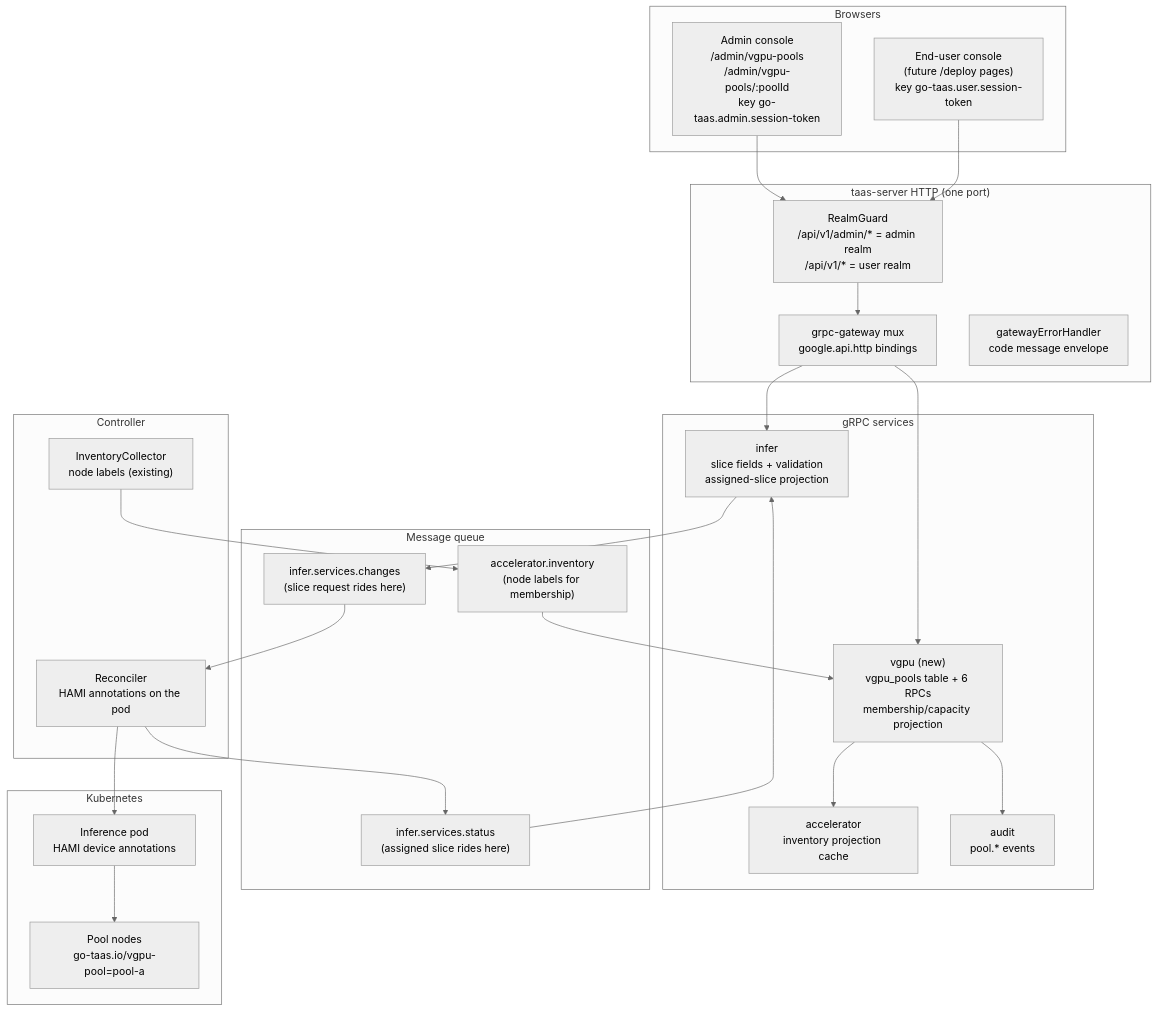
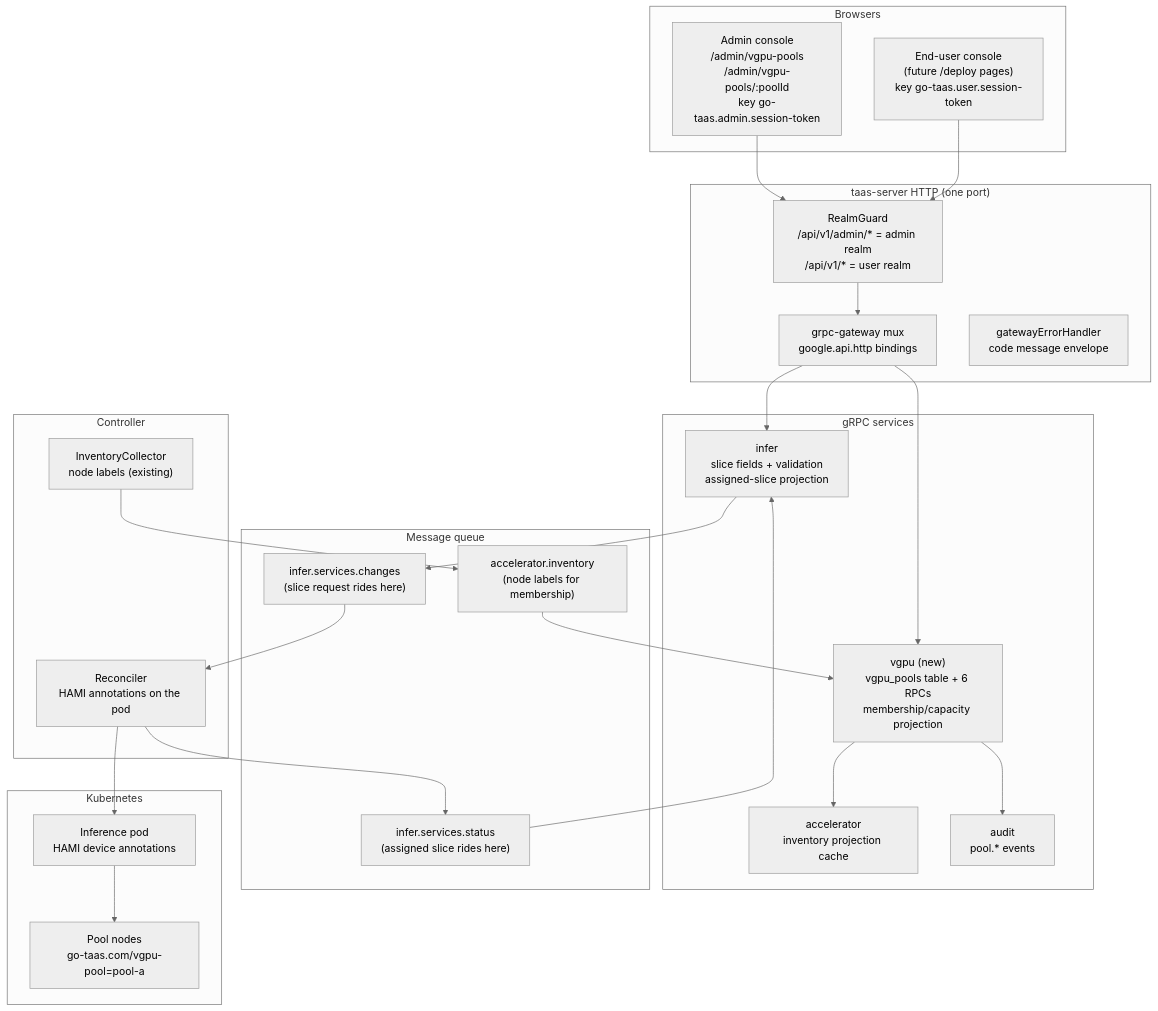
One commit to go-taas/go-taas changed the first of 3 diagrams in site/docs/architecture/vgpu-slicing-pool.md. Above: the diagram before and after it, drawn with Mermaid (neutral theme). The commit also changed other lines of this file and 49 other files, not shown here.

````diff
--- a/site/docs/architecture/vgpu-slicing-pool.md
+++ b/site/docs/architecture/vgpu-slicing-pool.md
@@ -83,52 +83,52 @@
 ```mermaid
 flowchart TD
     subgraph browsers["Browsers"]
         AC["Admin console<br/>/admin/vgpu-pools<br/>/admin/vgpu-pools/:poolId<br/>key go-taas.admin.session-token"]
         UC["End-user console<br/>(future /deploy pages)<br/>key go-taas.user.session-token"]
     end
 
     subgraph gateway["taas-server HTTP (one port)"]
         GUARD["RealmGuard<br/>/api/v1/admin/* = admin realm<br/>/api/v1/* = user realm"]
         MUX["grpc-gateway mux<br/>google.api.http bindings"]
         ERR["gatewayErrorHandler<br/>code message envelope"]
     end
 
     subgraph services["gRPC services"]
         VGPU["vgpu (new)<br/>vgpu_pools table + 6 RPCs<br/>membership/capacity projection"]
         INF["infer<br/>slice fields + validation<br/>assigned-slice projection"]
         ACC["accelerator<br/>inventory projection cache"]
         AUD["audit<br/>pool.* events"]
     end
 
     subgraph mq["Message queue"]
         CH["infer.services.changes<br/>(slice request rides here)"]
         ST["infer.services.status<br/>(assigned slice rides here)"]
         INV["accelerator.inventory<br/>(node labels for membership)"]
     end
 
     subgraph ctrl["Controller"]
         REC["Reconciler<br/>HAMI annotations on the pod"]
         INVCOL["InventoryCollector<br/>node labels (existing)"]
     end
 
     subgraph k8s["Kubernetes"]
         POD["Inference pod<br/>HAMI device annotations"]
-        NODE["Pool nodes<br/>go-taas.io/vgpu-pool=pool-a"]
+        NODE["Pool nodes<br/>go-taas.com/vgpu-pool=pool-a"]
     end
 
     AC --> GUARD
     UC --> GUARD
     GUARD --> MUX
     MUX --> VGPU
     MUX --> INF
     VGPU --> ACC
     VGPU --> AUD
     INF --> CH
     CH --> REC
     REC --> POD
     POD --> NODE
     INVCOL --> INV
     INV --> VGPU
     REC --> ST
     ST --> INF
 ```
````
